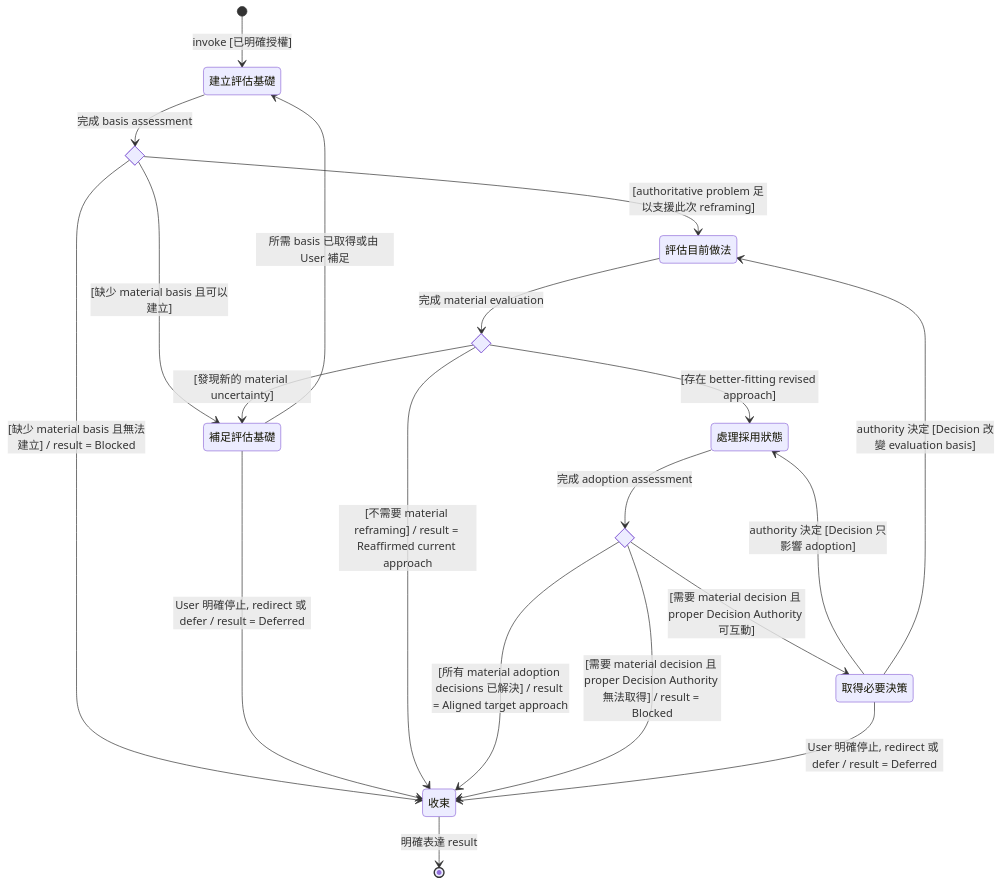
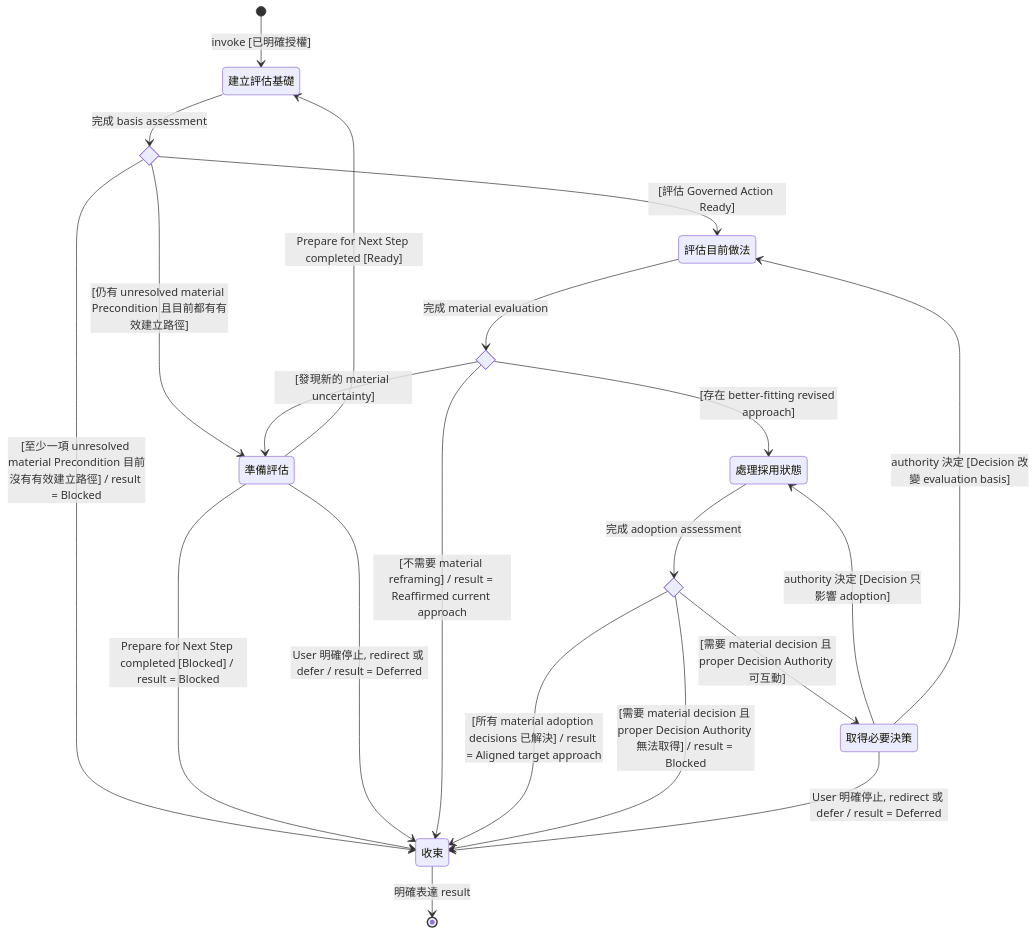
The diagram in drafts/reframe-the-current-approach/SKILL.md (QzCurious/tiny-skills), drawn with Mermaid before and after one commit. The commit also changed other lines of this file, not shown here.

Commit message:
Compose Reframe with Prepare for Next Step

````diff
--- a/drafts/reframe-the-current-approach/SKILL.md
+++ b/drafts/reframe-the-current-approach/SKILL.md
@@ -14,42 +14,43 @@
 ```mermaid
 stateDiagram-v2
     state "建立評估基礎" as EstablishBasis
-    state "補足評估基礎" as AcquireBasis
+    state "準備評估" as PrepareEvaluation
     state "評估目前做法" as EvaluateApproach
     state "處理採用狀態" as ResolveAdoption
     state "取得必要決策" as AcquireDecision
     state "收束" as Conclude
 
     state BasisCheck <<choice>>
     state EvaluationCheck <<choice>>
     state AdoptionCheck <<choice>>
 
     [*] --> EstablishBasis: invoke [已明確授權]
 
     EstablishBasis --> BasisCheck: 完成 basis assessment
 
-    BasisCheck --> EvaluateApproach: [authoritative problem 足以支援此次 reframing]
-    BasisCheck --> AcquireBasis: [缺少 material basis 且可以建立]
-    BasisCheck --> Conclude: [缺少 material basis 且無法建立] / result = Blocked
+    BasisCheck --> EvaluateApproach: [評估 Governed Action Ready]
+    BasisCheck --> PrepareEvaluation: [仍有 unresolved material Precondition 且目前都有有效建立路徑]
+    BasisCheck --> Conclude: [至少一項 unresolved material Precondition 目前沒有有效建立路徑] / result = Blocked
 
-    AcquireBasis --> EstablishBasis: 所需 basis 已取得或由 User 補足
-    AcquireBasis --> Conclude: User 明確停止, redirect 或 defer / result = Deferred
+    PrepareEvaluation --> EstablishBasis: Prepare for Next Step completed [Ready]
+    PrepareEvaluation --> Conclude: Prepare for Next Step completed [Blocked] / result = Blocked
+    PrepareEvaluation --> Conclude: User 明確停止, redirect 或 defer / result = Deferred
 
     EvaluateApproach --> EvaluationCheck: 完成 material evaluation
 
-    EvaluationCheck --> AcquireBasis: [發現新的 material uncertainty]
+    EvaluationCheck --> PrepareEvaluation: [發現新的 material uncertainty]
     EvaluationCheck --> Conclude: [不需要 material reframing] / result = Reaffirmed current approach
     EvaluationCheck --> ResolveAdoption: [存在 better-fitting revised approach]
 
     ResolveAdoption --> AdoptionCheck: 完成 adoption assessment
 
     AdoptionCheck --> Conclude: [所有 material adoption decisions 已解決] / result = Aligned target approach
     AdoptionCheck --> AcquireDecision: [需要 material decision 且 proper Decision Authority 可互動]
     AdoptionCheck --> Conclude: [需要 material decision 且 proper Decision Authority 無法取得] / result = Blocked
 
     AcquireDecision --> ResolveAdoption: authority 決定 [Decision 只影響 adoption]
     AcquireDecision --> EvaluateApproach: authority 決定 [Decision 改變 evaluation basis]
     AcquireDecision --> Conclude: User 明確停止, redirect 或 defer / result = Deferred
 
     Conclude --> [*]: 明確表達 result
 ```
````
